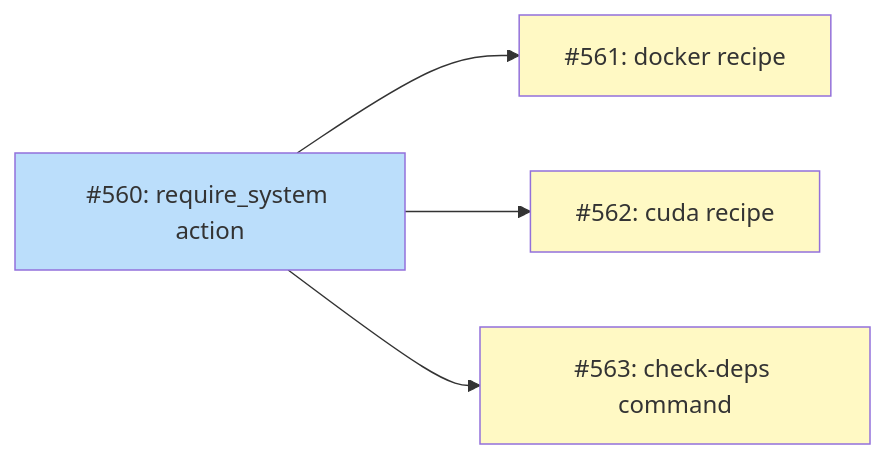
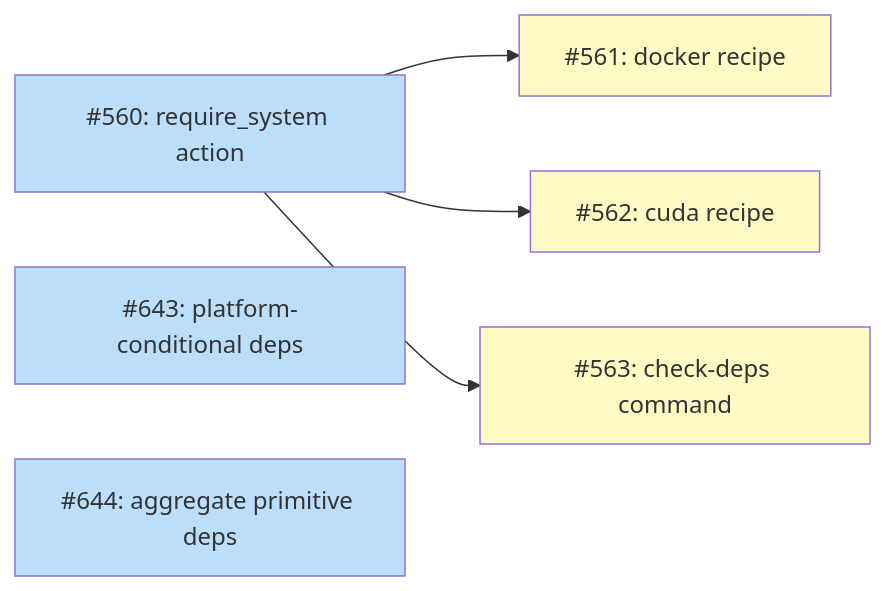
One commit to tsukumogami/tsuku changed the fourth of 4 diagrams in docs/DESIGN-dependency-provisioning.md. Above: the diagram before and after it, drawn with Mermaid. The commit also changed other lines of this file and 9 other files, not shown here.

````diff
--- a/docs/DESIGN-dependency-provisioning.md
+++ b/docs/DESIGN-dependency-provisioning.md
@@ -138,18 +140,20 @@
 ```mermaid
 graph LR
     I560["#560: require_system action"]
     I561["#561: docker recipe"]
     I562["#562: cuda recipe"]
     I563["#563: check-deps command"]
+    I643["#643: platform-conditional deps"]
+    I644["#644: aggregate primitive deps"]
 
     I560 --> I561
     I560 --> I562
     I560 --> I563
 
     classDef done fill:#c8e6c9
     classDef ready fill:#bbdefb
     classDef blocked fill:#fff9c4
 
-    class I560 ready
+    class I560,I643,I644 ready
     class I561,I562,I563 blocked
 ```
````
